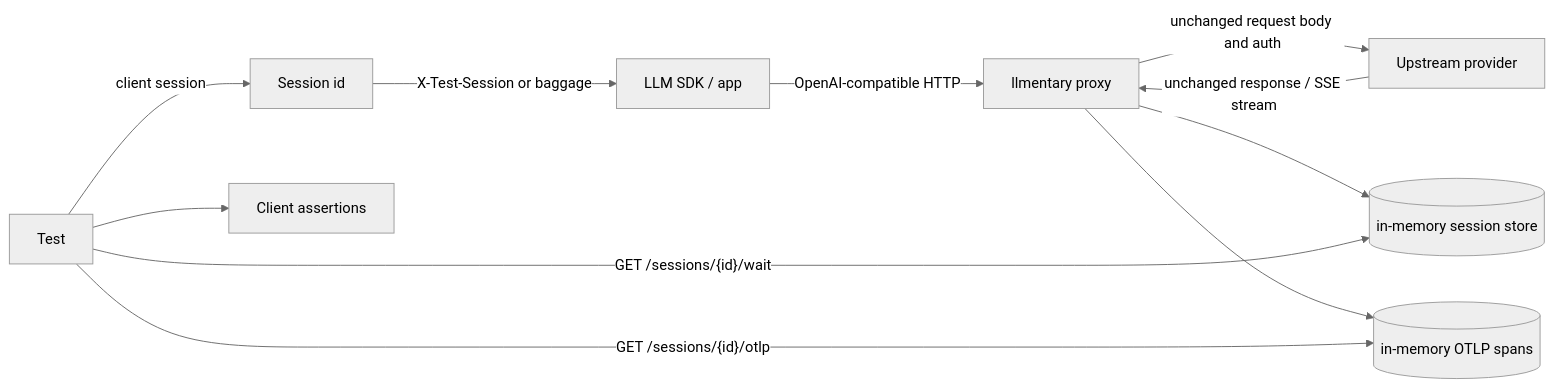
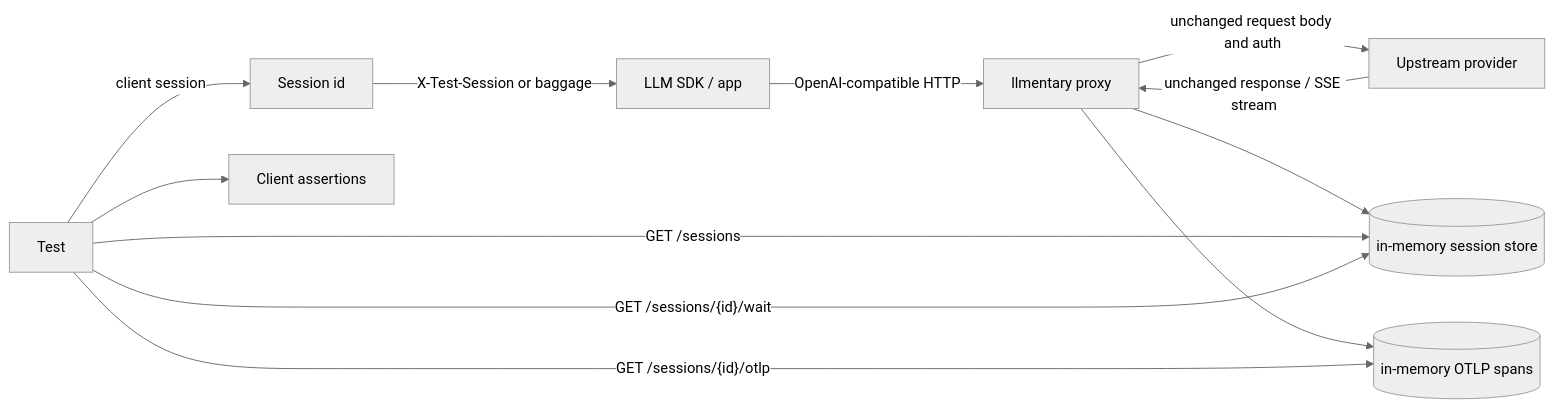
Before and after one commit to barzoj-co/llmentary: the diagram in docs/proxy.md, drawn with Mermaid (neutral theme). The commit also changed other lines of this file and 20 other files, not shown here.

````diff
--- a/docs/proxy.md
+++ b/docs/proxy.md
@@ -14,13 +14,14 @@
 ```mermaid
 flowchart LR
     T[Test] -->|"client session"| L["Session id"]
     L -->|"X-Test-Session or baggage"| SDK["LLM SDK / app"]
     SDK -->|"OpenAI-compatible HTTP"| P["llmentary proxy"]
     P -->|"unchanged request body and auth"| U["Upstream provider"]
     U -->|"unchanged response / SSE stream"| P
     P --> S[("in-memory session store")]
     P --> O[("in-memory OTLP spans")]
+    T -->|"GET /sessions"| S
     T -->|"GET /sessions/{id}/wait"| S
     T --> A["Client assertions"]
     T -->|"GET /sessions/{id}/otlp"| O
 ```
````
